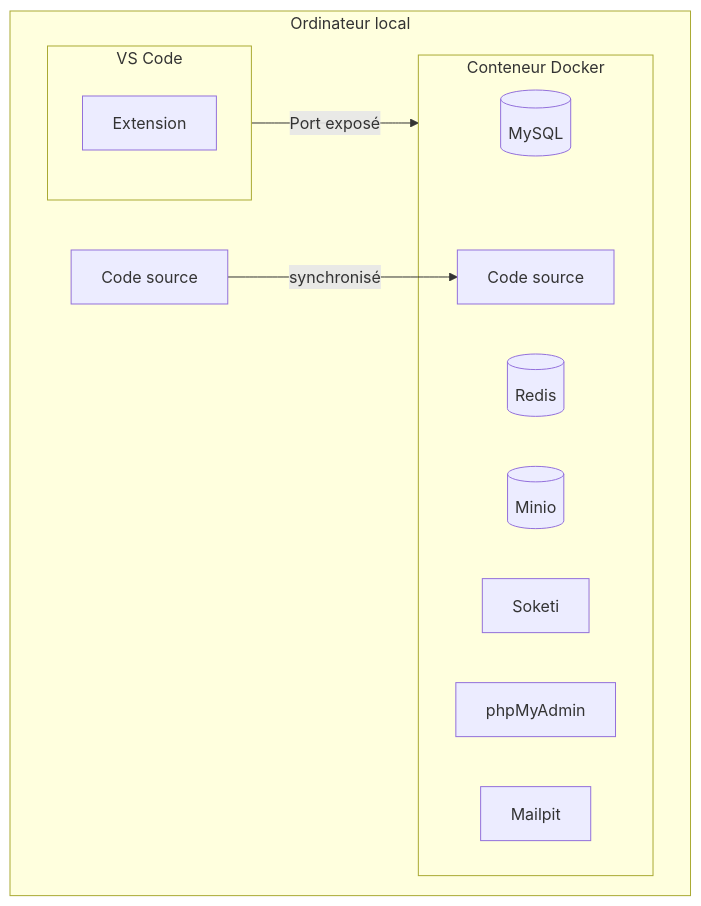
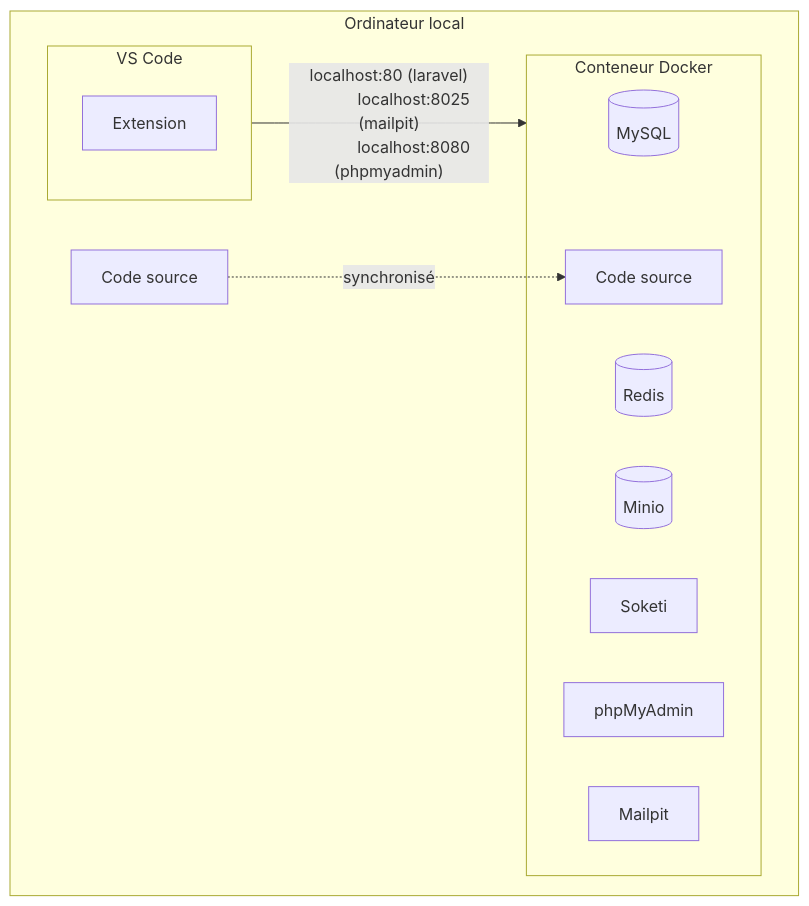
One commit to C-Super/couleur3 changed the diagram in docs/environnement/development-environment.md. Above: the diagram before and after it, drawn with Mermaid. The commit also changed 1 other file, not shown here.

Commit message:
Improve dev container

````diff
--- a/docs/environnement/development-environment.md
+++ b/docs/environnement/development-environment.md
@@ -3,25 +3,27 @@
 ```mermaid
 flowchart TB
     subgraph Ordinateur local
         subgraph vscode[VS Code]
             extension[Extension]
         end
 
         sourceCode[Code source]
         
 
         subgraph devContainer[Conteneur Docker]
             mysql[(MySQL)]
             redis[(Redis)]
             minio[(Minio)]
             soketi[Soketi]
             phpmyadmin[phpMyAdmin]
             mailpit[Mailpit]
             
             remoteSourceCode[Code source]
         end
 
-        vscode -->|Port exposé| devContainer
-        sourceCode -->|synchronisé| remoteSourceCode
+        vscode -->|"localhost:80 (laravel)
+            localhost:8025 (mailpit)
+            localhost:8080 (phpmyadmin)"| devContainer
+        sourceCode -.->|synchronisé| remoteSourceCode
     end
 ```
````
